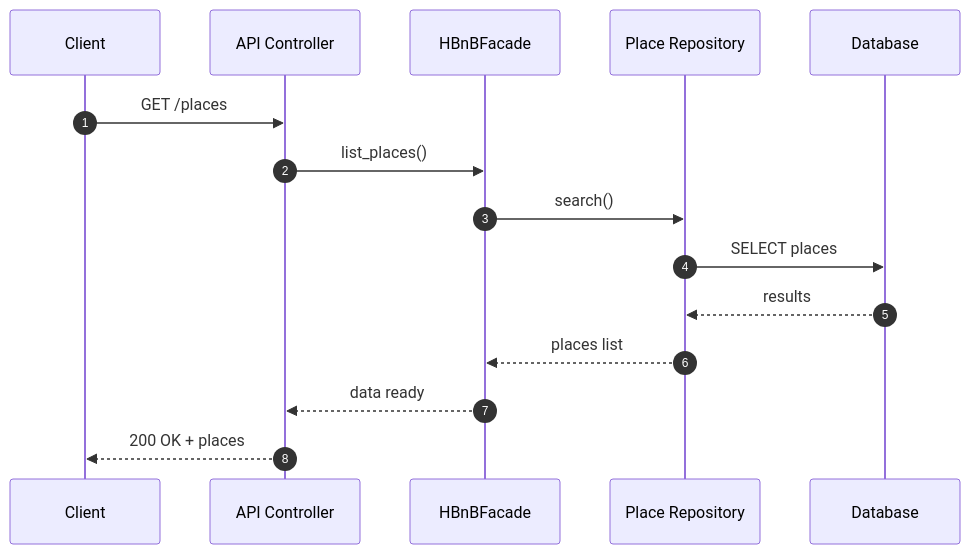
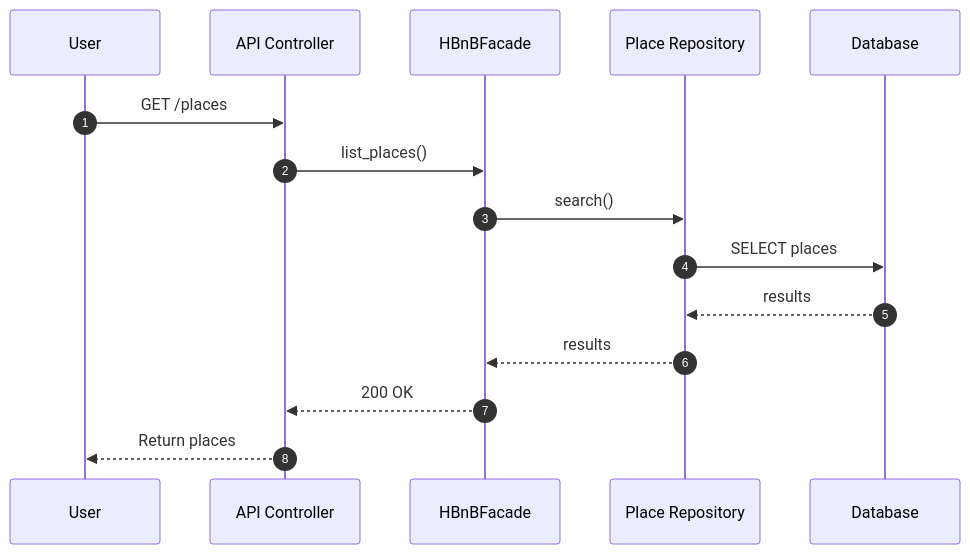
One commit to mnarzaid247-stack/holbertonschool-hbnb changed the sixth of 6 diagrams in part1/README.md. Above: the diagram before and after it, drawn with Mermaid. The commit also changed other lines of this file and 1 other file, not shown here.

Commit message:
refactor(docs): update API interaction flow documentation and remove obsolete file

````diff
--- a/part1/README.md
+++ b/part1/README.md
@@ -428,18 +506,18 @@
 ```mermaid
 sequenceDiagram
-    autonumber
-    participant Client
-    participant API as API Controller
-    participant Facade as HBnBFacade
-    participant PlaceRepo as Place Repository
-    participant DB as Database
+autonumber
+participant Client as User
+participant API as API Controller
+participant Facade as HBnBFacade
+participant PlaceRepo as Place Repository
+participant DB as Database
 
-    Client->>API: GET /places
-    API->>Facade: list_places()
-    Facade->>PlaceRepo: search()
-    PlaceRepo->>DB: SELECT places
-    DB-->>PlaceRepo: results
-    PlaceRepo-->>Facade: places list
-    Facade-->>API: data ready
-    API-->>Client: 200 OK + places
+Client->>API: GET /places
+API->>Facade: list_places()
+Facade->>PlaceRepo: search()
+PlaceRepo->>DB: SELECT places
+DB-->>PlaceRepo: results
+PlaceRepo-->>Facade: results
+Facade-->>API: 200 OK
+API-->>Client: Return places
 ```
````
